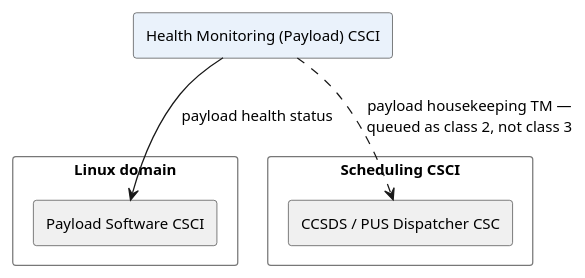
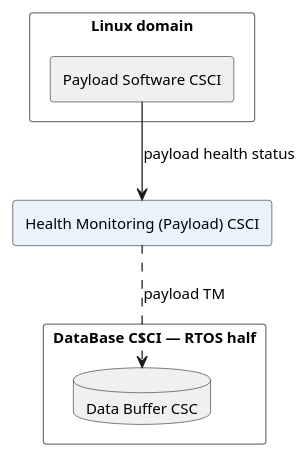
The diagram in docs/puml/obc-csci-health-payload.puml (seapit/urban-memory), drawn with PlantUML before and after one commit. The commit also changed 7 other files, not shown here.

Commit message:
fix diagrams

```diff
--- a/docs/puml/obc-csci-health-payload.puml
+++ b/docs/puml/obc-csci-health-payload.puml
@@ -1,42 +1,42 @@
 @startuml
 ' Health Monitoring (Payload) CSCI — the CSCI in full, with every relation that crosses its boundary.
 ' Everything drawn in grey is context: it is shown only far enough to say what
 ' this CSCI talks to. The whole picture is in obc-csci-full.puml.
 ' GENERATED from obc-csci-full.puml — edit that file, then re-run split.py.
 
 skinparam componentStyle rectangle
 skinparam packageStyle rectangle
 skinparam shadowing false
 skinparam nodesep 30
 skinparam ranksep 58
 skinparam defaultFontSize 12
 skinparam wrapWidth 240
 skinparam package {
   BackgroundColor #FFFFFF
   BorderColor #777777
 }
 skinparam component {
   BackgroundColor #FFFFFF
   BorderColor #333333
 }
 skinparam database {
   BackgroundColor #FFFFFF
   BorderColor #333333
 }
 
 ' ---------------------------------------------- the CSCI under view
 component "Health Monitoring (Payload) CSCI" as PHM #EAF2FB
 
 ' ---------------------------------------------- context only
 package "Linux domain" as LINDOM {
   component "Payload Software CSCI" as PAY #F0F0F0
 }
-package "Scheduling CSCI" as SCHED {
-  component "CCSDS / PUS Dispatcher CSC" as CCSDS #F0F0F0
+package "DataBase CSCI — RTOS half" as DBRT {
+  database "Data Buffer CSC" as DBUF #F0F0F0
 }
 
 ' ---------------------------------------------- across its boundary
-PHM --> PAY : payload health status
-PHM ..> CCSDS : payload housekeeping TM —\nqueued as class 2, not class 3
+PAY --> PHM : payload health status
+PHM ..> DBUF : payload TM
 
 @enduml
```
